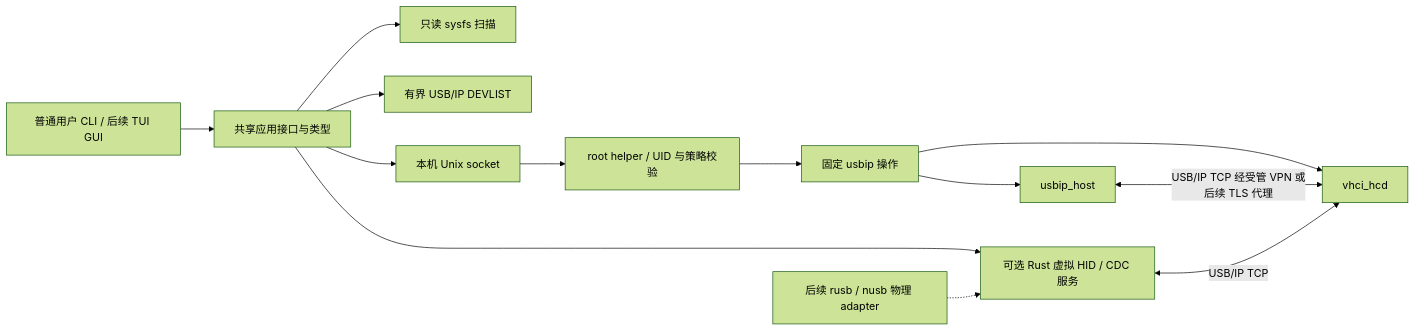
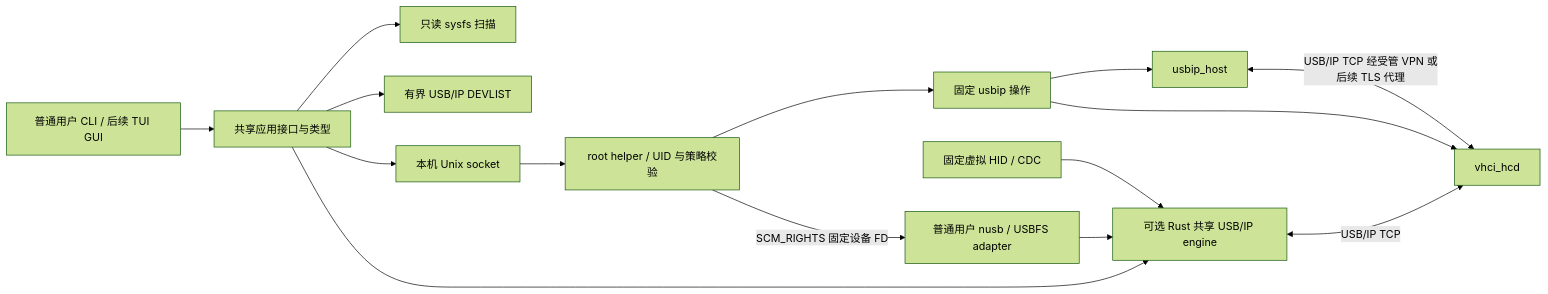
The diagram in docs/architecture.md (tiansongyu/usbip-client), drawn with Mermaid (forest theme) before and after one commit. The commit also changed other lines of this file and 78 other files, not shown here.

Commit message:
test: exercise real USBFS HID and FTDI sessions in isolated QEMU guests

````diff
--- a/docs/architecture.md
+++ b/docs/architecture.md
@@ -9,15 +9,17 @@
 ```mermaid
 flowchart LR
   CLI[普通用户 CLI / 后续 TUI GUI] --> Core[共享应用接口与类型]
   Core --> Scan[只读 sysfs 扫描]
   Core --> List[有界 USB/IP DEVLIST]
   Core --> IPC[本机 Unix socket]
   IPC --> Helper[root helper / UID 与策略校验]
   Helper --> Native[固定 usbip 操作]
   Native --> Host[usbip_host]
   Native --> VHCI[vhci_hcd]
   Host <-->|USB/IP TCP 经受管 VPN 或后续 TLS 代理| VHCI
-  Core --> Rust[可选 Rust 虚拟 HID / CDC 服务]
+  Core --> Rust[可选 Rust 共享 USB/IP engine]
   Rust <-->|USB/IP TCP| VHCI
-  Physical[后续 rusb / nusb 物理 adapter] -.-> Rust
+  Virtual[固定虚拟 HID / CDC] --> Rust
+  Helper -->|SCM_RIGHTS 固定设备 FD| Physical[普通用户 nusb / USBFS adapter]
+  Physical --> Rust
 ```
````
